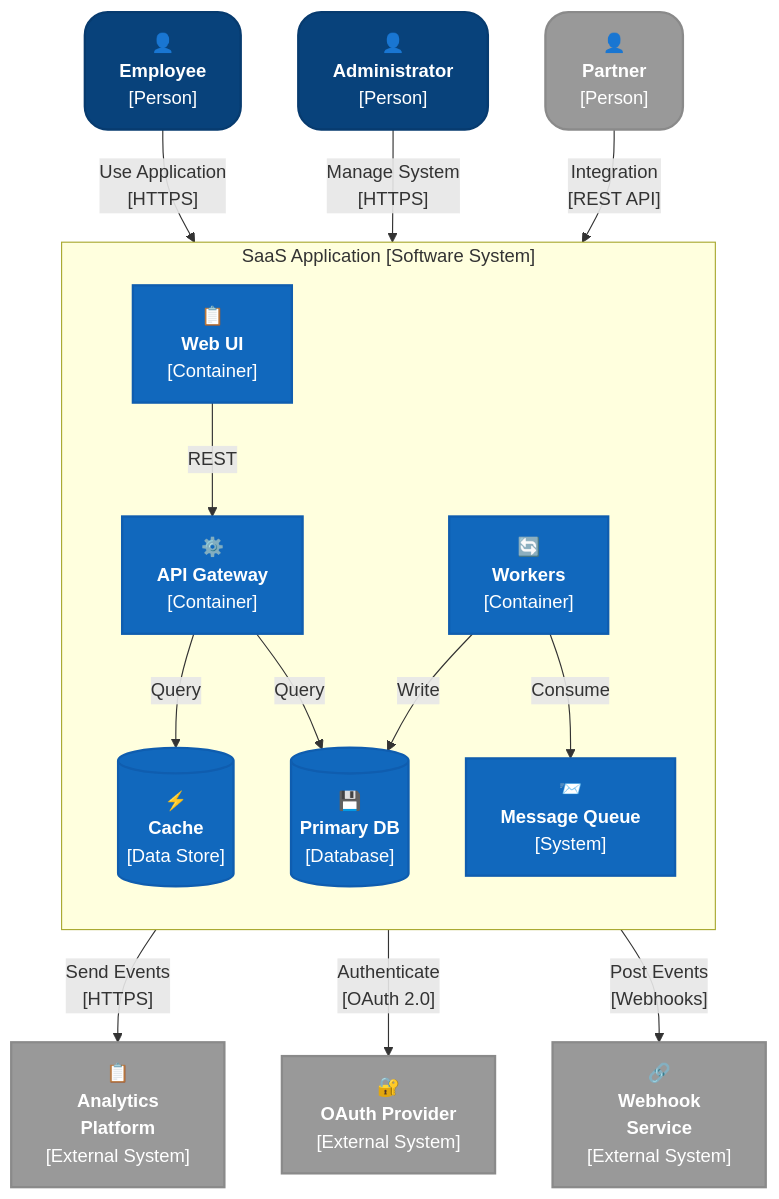
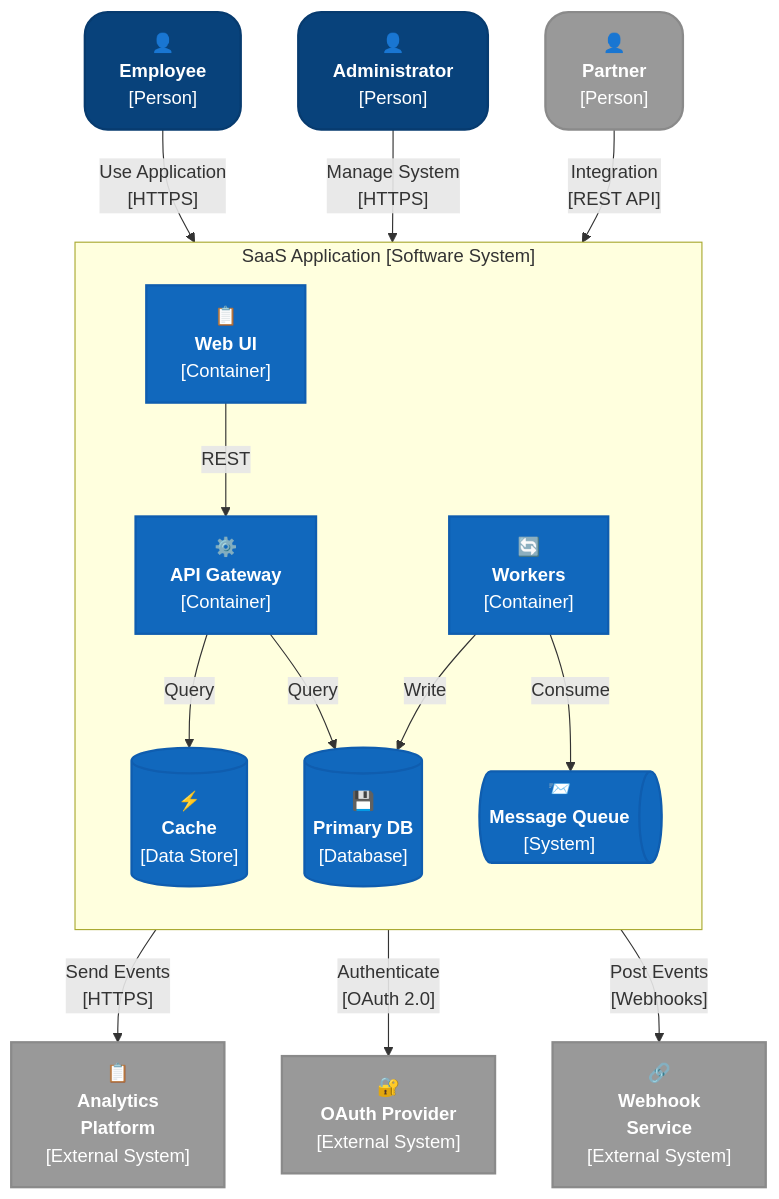
Before and after one commit to LockTar/C4-Modeling-in-Mermaid: the fourth of 8 diagrams in C4-cheatsheets/C4-Context-Diagram-Mermaid-Flowchart-Cheatsheet.md, drawn with Mermaid. The commit also changed other lines of this file and 2 other files, not shown here.

Commit message:
Update queue shapes and labels in C4 cheatsheets for consistency

````diff
--- a/C4-cheatsheets/C4-Context-Diagram-Mermaid-Flowchart-Cheatsheet.md
+++ b/C4-cheatsheets/C4-Context-Diagram-Mermaid-Flowchart-Cheatsheet.md
@@ -216,57 +216,57 @@
 ```mermaid
 flowchart TB
     %% Style definitions
     classDef Person fill:#08427b,stroke:#073b6f,color:#fff,rx:20px,ry:20px,stroke-width:2px;
     classDef PersonExt fill:#999999,stroke:#8a8a8a,color:#fff,rx:20px,ry:20px,stroke-width:2px;
     classDef System fill:#1168bd,stroke:#0f5daf,color:#fff,stroke-width:2px;
     classDef SystemExt fill:#999999,stroke:#8a8a8a,color:#fff,stroke-width:2px;
     classDef SystemDb fill:#1168bd,stroke:#0f5daf,color:#fff,stroke-width:2px;
     classDef SystemQueue fill:#1168bd,stroke:#0f5daf,color:#fff,stroke-width:2px;
     classDef SystemBoundary fill:none,stroke:#999,stroke-width:2px,stroke-dasharray: 5 5,color:#444;
 
     %% Actors
     employee["👤<br/><b>Employee</b><br/>[Person]"]
     admin["👤<br/><b>Administrator</b><br/>[Person]"]
     partner["👤<br/><b>Partner</b><br/>[Person]"]
 
     %% Main System Boundary
     subgraph saas["SaaS Application [Software System]"]
         direction TB
         ui["📋<br/><b>Web UI</b><br/>[Container]"]
         api["⚙️<br/><b>API Gateway</b><br/>[Container]"]
         workers["🔄<br/><b>Workers</b><br/>[Container]"]
         db[("💾<br/><b>Primary DB</b><br/>[Database]")]
 
         class employee,admin Person
         class partner PersonExt
         class ui,api,workers System
         class db SystemDb
         cache[("⚡<br/><b>Cache</b><br/>[Data Store]")]
-        queue["📨<br/><b>Message Queue</b><br/>[System]"]
+        queue@{ shape: das, label: "📨<br/><b>Message Queue</b><br/>[System]" }
 
         class cache SystemDb
         class queue SystemQueue
 
         ui -->|REST| api
         api -->|Query| db
         api -->|Query| cache
         workers -->|Consume| queue
         workers -->|Write| db
     end
     class saas SystemBoundary;
 
     %% External Systems
     analytics["📋<br/><b>Analytics<br/>Platform</b><br/>[External System]"]
     auth["🔐<br/><b>OAuth Provider</b><br/>[External System]"]
     webhook["🔗<br/><b>Webhook<br/>Service</b><br/>[External System]"]
 
     class analytics,auth,webhook SystemExt
 
     %% Relationships
     employee -->|"Use Application<br/>[HTTPS]"| saas
     admin -->|"Manage System<br/>[HTTPS]"| saas
     partner -->|"Integration<br/>[REST API]"| saas
     saas -->|"Send Events<br/>[HTTPS]"| analytics
     saas -->|"Authenticate<br/>[OAuth 2.0]"| auth
     saas -->|"Post Events<br/>[Webhooks]"| webhook
 ```
````
